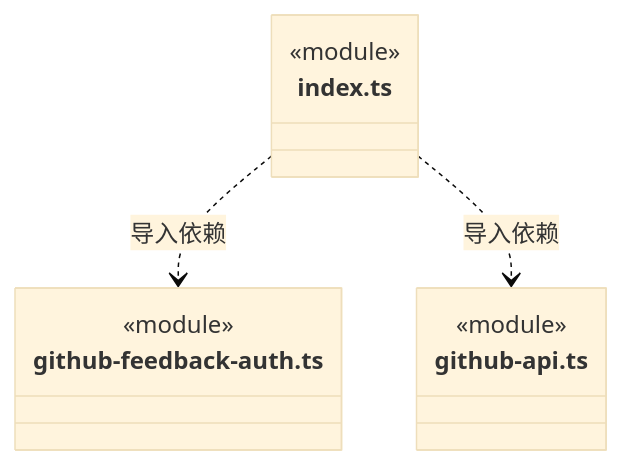
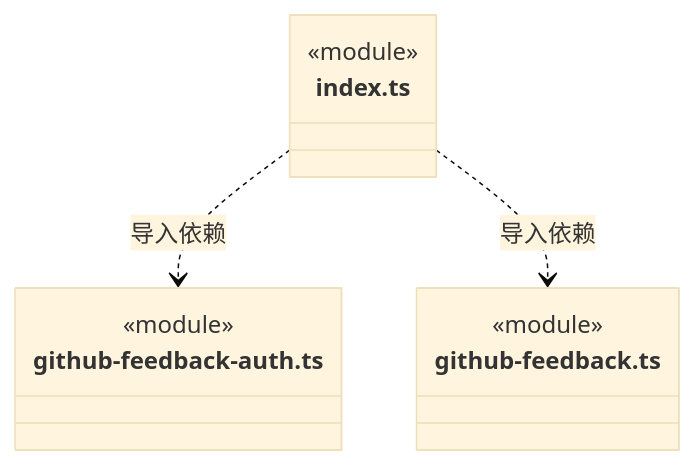
One commit to nan023062/cbim changed the ninth of 9 diagrams in src/logic/feedback/service/ARCHITECTURE.md. Above: the diagram before and after it, drawn with Mermaid (base theme). The commit also changed other lines of this file and 112 other files, not shown here.

Commit message:
docs: align source architecture with current declarations and contracts

````diff
--- a/src/logic/feedback/service/ARCHITECTURE.md
+++ b/src/logic/feedback/service/ARCHITECTURE.md
@@ -291,14 +291,14 @@
 ```mermaid
 classDiagram
 class N_src_logic_feedback_service_index_ts["index.ts"] {
   <<module>>
 }
 class N_src_logic_feedback_service_github_feedback_auth_ts["github-feedback-auth.ts"] {
   <<module>>
 }
-class N_src_logic_feedback_service_github_api_ts["github-api.ts"] {
+class N_src_logic_feedback_service_github_feedback_ts["github-feedback.ts"] {
   <<module>>
 }
 N_src_logic_feedback_service_index_ts ..> N_src_logic_feedback_service_github_feedback_auth_ts : 导入依赖
-N_src_logic_feedback_service_index_ts ..> N_src_logic_feedback_service_github_api_ts : 导入依赖
+N_src_logic_feedback_service_index_ts ..> N_src_logic_feedback_service_github_feedback_ts : 导入依赖
 ```
````
